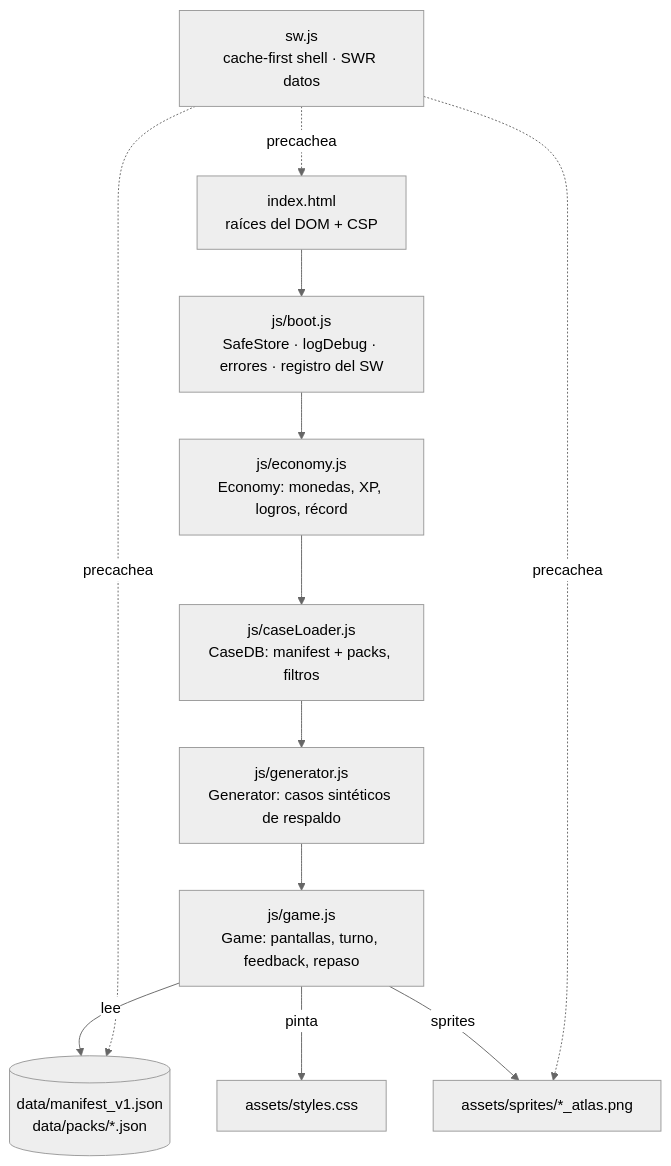
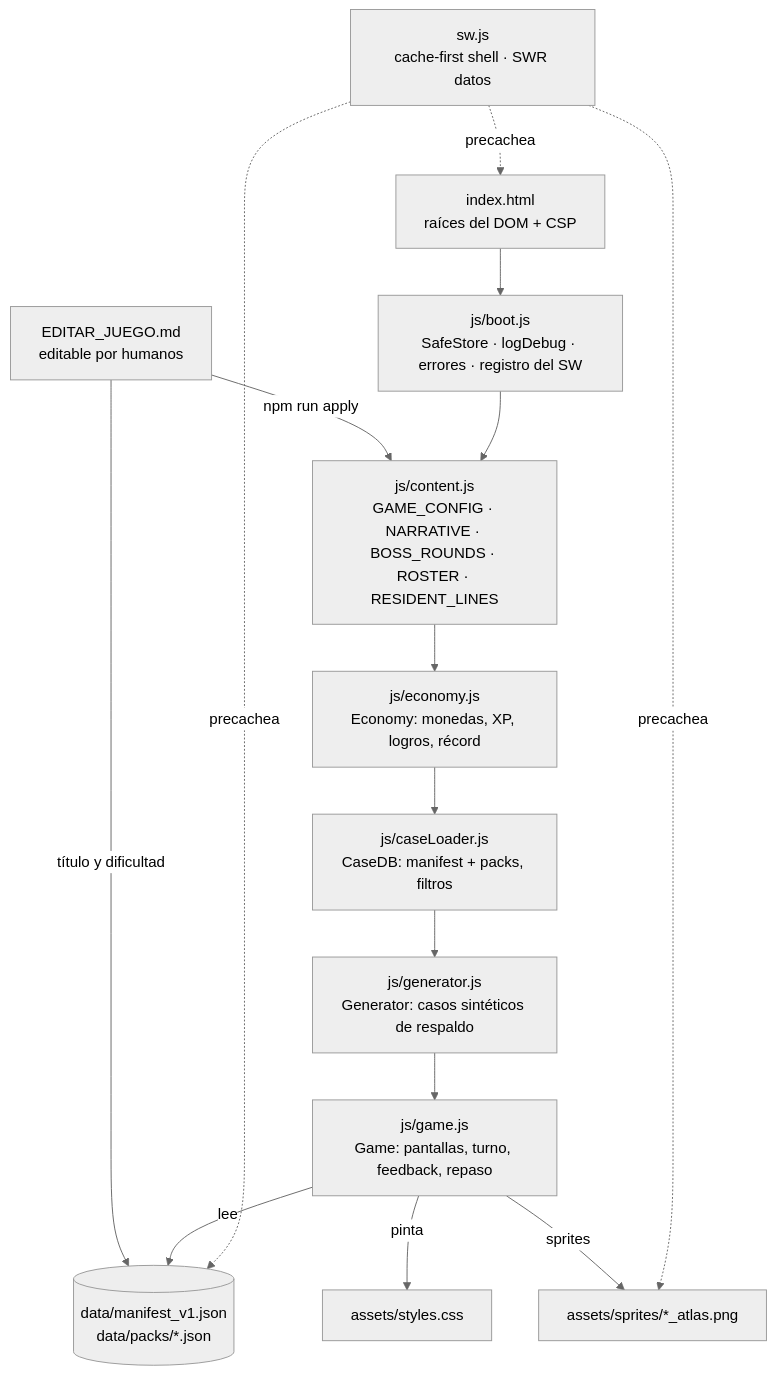
One commit to pataforista/casos-lasalle changed the first of 2 diagrams in docs/MAPA_APP.md. Above: the diagram before and after it, drawn with Mermaid (neutral theme). The commit also changed other lines of this file and 18 other files, not shown here.

First line of the commit message:
EDITAR_JUEGO.md: el juego se ajusta editando un documento

````diff
--- a/docs/MAPA_APP.md
+++ b/docs/MAPA_APP.md
@@ -19,12 +19,15 @@
 ```mermaid
 graph TD
   HTML[index.html<br/>raíces del DOM + CSP] --> BOOT[js/boot.js<br/>SafeStore · logDebug · errores · registro del SW]
-  BOOT --> ECO[js/economy.js<br/>Economy: monedas, XP, logros, récord]
+  DOC[EDITAR_JUEGO.md<br/>editable por humanos] -->|npm run apply| CONTENT[js/content.js<br/>GAME_CONFIG · NARRATIVE · BOSS_ROUNDS · ROSTER · RESIDENT_LINES]
+  DOC -->|título y dificultad| DATA
+  BOOT --> CONTENT
+  CONTENT --> ECO[js/economy.js<br/>Economy: monedas, XP, logros, récord]
   ECO --> DB[js/caseLoader.js<br/>CaseDB: manifest + packs, filtros]
   DB --> GEN[js/generator.js<br/>Generator: casos sintéticos de respaldo]
   GEN --> GAME[js/game.js<br/>Game: pantallas, turno, feedback, repaso]
   GAME -->|lee| DATA[(data/manifest_v1.json<br/>data/packs/*.json)]
   GAME -->|pinta| CSS[assets/styles.css]
   GAME -->|sprites| SPR[assets/sprites/*_atlas.png]
   SW[sw.js<br/>cache-first shell · SWR datos] -.precachea.-> HTML & DATA & SPR
 ```
````
